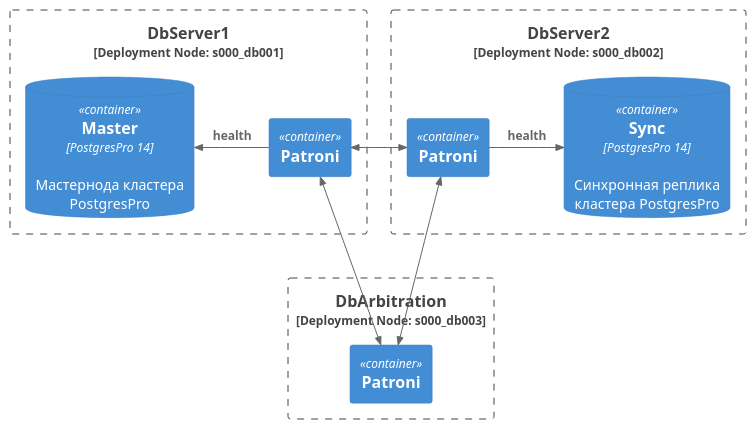
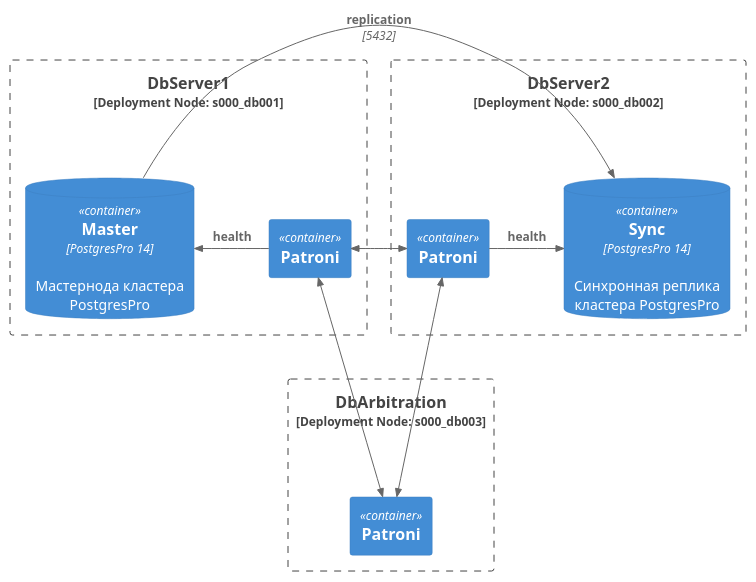
One commit to gGerret/otus-project changed the diagram in Postgres.puml. Above: the diagram before and after it, drawn with PlantUML. The commit also changed 1 other file, not shown here.

Commit message:
add replication link

```diff
--- a/Postgres.puml
+++ b/Postgres.puml
@@ -1,26 +1,29 @@
 @startuml
 
 !include https://raw.githubusercontent.com/plantuml-stdlib/C4-PlantUML/master/C4_Container.puml
 
 Boundary(dbnode1, "DbServer1", "Deployment Node: s000_db001") {
     ContainerDb(master, "Master", "PostgresPro 14", "Мастернода кластера PostgresPro")
     Container(patroni1, "Patroni", "", "")
     Rel_L(patroni1, master, "health")
     Lay_L(patroni1, master)
 }
 
 Boundary(dbnode2, "DbServer2", "Deployment Node: s000_db002") {
     Container(patroni2, "Patroni", "", "")
     ContainerDb(sync, "Sync", "PostgresPro 14", "Синхронная реплика кластера PostgresPro")
     Rel_R(patroni2, sync, "health")
     Lay_R(patroni2, sync)
 }
 
 Boundary(dbnode3, "DbArbitration", "Deployment Node: s000_db003") {
     Container(patroni3, "Patroni", "", "")
 }
+
+Rel(master, sync, "replication", "5432")
+
 BiRel_L(patroni3, patroni1, "")
 BiRel_L(patroni1, patroni2, "")
 BiRel(patroni2, patroni3, "")
 
 @enduml
```
